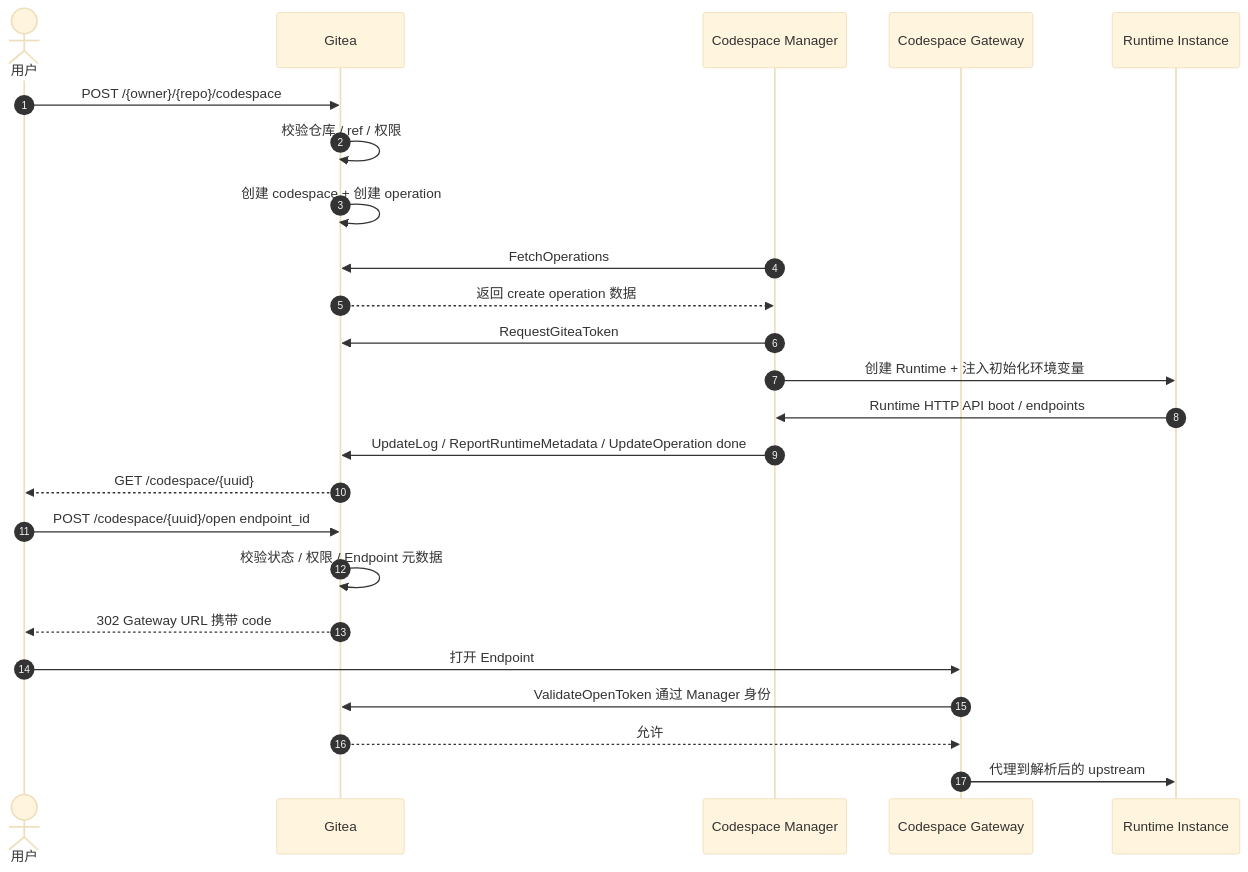
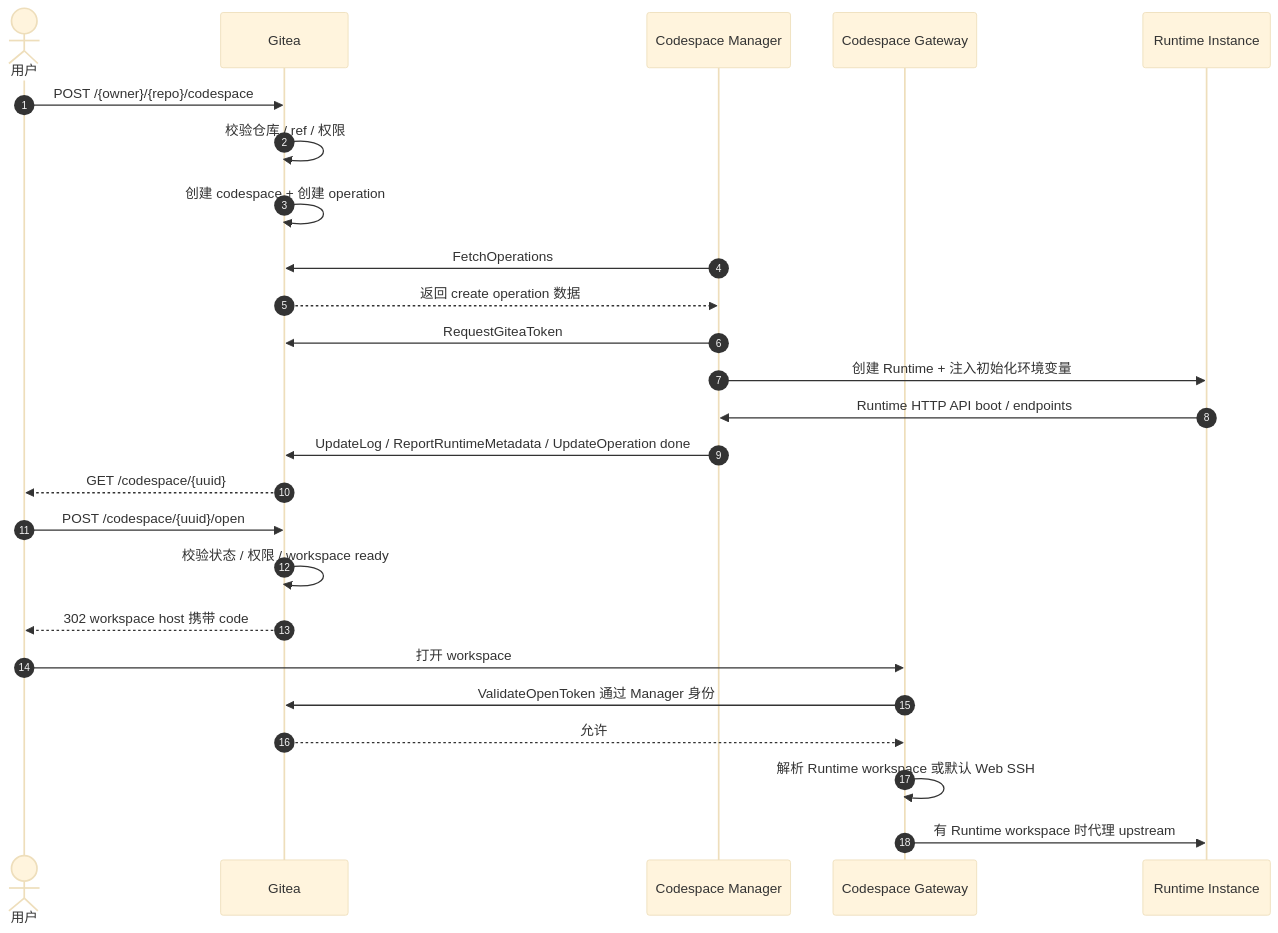
One commit to ExplodingDragon/gitea-dev changed the second of 2 diagrams in src/README.md. Above: the diagram before and after it, drawn with Mermaid (base theme). The commit also changed other lines of this file and 9 other files, not shown here.

````diff
--- a/src/README.md
+++ b/src/README.md
@@ -87,28 +87,29 @@
 ```mermaid
 sequenceDiagram
     autonumber
     actor User as 用户
     participant Gitea
     participant Manager as Codespace Manager
     participant Gateway as Codespace Gateway
     participant Runtime as Runtime Instance
 
     User->>Gitea: POST /{owner}/{repo}/codespace
     Gitea->>Gitea: 校验仓库 / ref / 权限
     Gitea->>Gitea: 创建 codespace + 创建 operation
     Manager->>Gitea: FetchOperations
     Gitea-->>Manager: 返回 create operation 数据
     Manager->>Gitea: RequestGiteaToken
     Manager->>Runtime: 创建 Runtime + 注入初始化环境变量
     Runtime->>Manager: Runtime HTTP API boot / endpoints
     Manager->>Gitea: UpdateLog / ReportRuntimeMetadata / UpdateOperation done
     Gitea-->>User: GET /codespace/{uuid}
 
-    User->>Gitea: POST /codespace/{uuid}/open endpoint_id
-    Gitea->>Gitea: 校验状态 / 权限 / Endpoint 元数据
-    Gitea-->>User: 302 Gateway URL 携带 code
-    User->>Gateway: 打开 Endpoint
+    User->>Gitea: POST /codespace/{uuid}/open
+    Gitea->>Gitea: 校验状态 / 权限 / workspace ready
+    Gitea-->>User: 302 workspace host 携带 code
+    User->>Gateway: 打开 workspace
     Gateway->>Gitea: ValidateOpenToken 通过 Manager 身份
     Gitea-->>Gateway: 允许
-    Gateway->>Runtime: 代理到解析后的 upstream
+    Gateway->>Gateway: 解析 Runtime workspace 或默认 Web SSH
+    Gateway->>Runtime: 有 Runtime workspace 时代理 upstream
 ```
````
